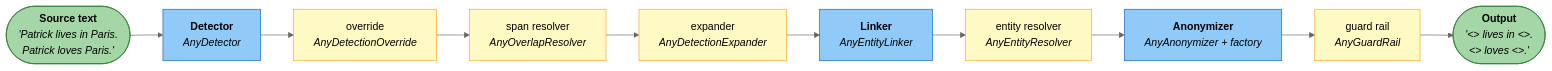
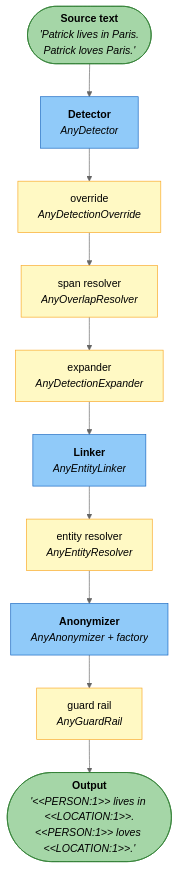
The second of 4 diagrams in docs/en/architecture.md (Athroniaeth/piighost), drawn with Mermaid (neutral theme) before and after one commit. The commit also changed other lines of this file and 7 other files, not shown here.

First line of the commit message:
docs: smaller diagrams, one note per protection, an airier placeholder page

````diff
--- a/docs/en/architecture.md
+++ b/docs/en/architecture.md
@@ -115,33 +97,33 @@
 ```mermaid
-flowchart LR
+flowchart TB
     classDef req fill:#90CAF9,stroke:#1565C0,color:#000
     classDef opt fill:#FFF9C4,stroke:#F9A825,color:#000
     classDef data fill:#A5D6A7,stroke:#2E7D32,color:#000
 
     IN(["`**Source text**
     _'Patrick lives in Paris.
     Patrick loves Paris.'_`"]):::data
 
     DET["`**Detector**
     _AnyDetector_`"]:::req
     OVR["`override
     _AnyDetectionOverride_`"]:::opt
     OVL["`span resolver
     _AnyOverlapResolver_`"]:::opt
     EXP["`expander
     _AnyDetectionExpander_`"]:::opt
     LINK["`**Linker**
     _AnyEntityLinker_`"]:::req
     ENT["`entity resolver
     _AnyEntityResolver_`"]:::opt
     ANON["`**Anonymizer**
     _AnyAnonymizer + factory_`"]:::req
     GUARD["`guard rail
     _AnyGuardRail_`"]:::opt
 
     OUT(["`**Output**
-    _'<<PERSON:1>> lives in <<LOCATION:1>>.
-    <<PERSON:1>> loves <<LOCATION:1>>.'_`"]):::data
+    _'#lt;#lt;PERSON:1#gt;#gt; lives in #lt;#lt;LOCATION:1#gt;#gt;.
+    #lt;#lt;PERSON:1#gt;#gt; loves #lt;#lt;LOCATION:1#gt;#gt;.'_`"]):::data
 
     IN --> DET --> OVR --> OVL --> EXP --> LINK --> ENT --> ANON --> GUARD --> OUT
 ```
````
